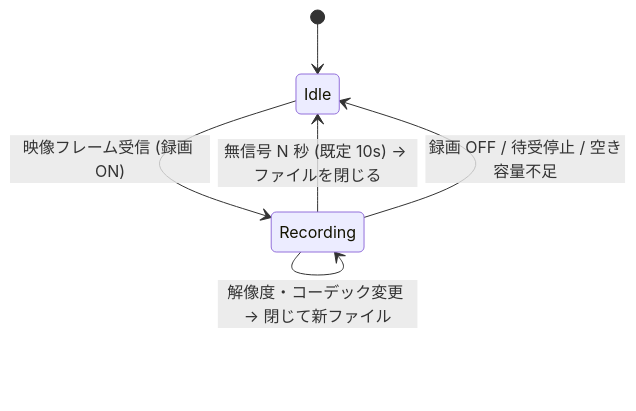
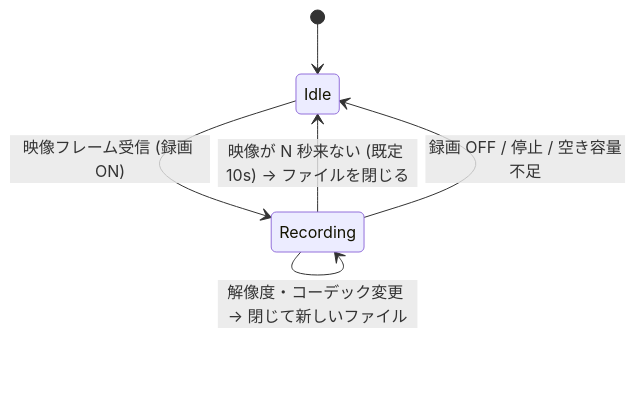
One commit to RTAinJapan/denpachan changed the fifth of 5 diagrams in docs/design.md. Above: the diagram before and after it, drawn with Mermaid. The commit also changed other lines of this file and 2 other files, not shown here.

````diff
--- a/docs/design.md
+++ b/docs/design.md
@@ -492,9 +423,9 @@
 ```mermaid
 stateDiagram-v2
     [*] --> Idle
     Idle --> Recording: 映像フレーム受信 (録画 ON)
     Recording --> Recording: フレーム受信
-    Recording --> Idle: 無信号 N 秒 (既定 10s) → ファイルを閉じる
-    Recording --> Recording: 解像度・コーデック変更 → 閉じて新ファイル
-    Recording --> Idle: 録画 OFF / 待受停止 / 空き容量不足
+    Recording --> Idle: 映像が N 秒来ない (既定 10s) → ファイルを閉じる
+    Recording --> Recording: 解像度・コーデック変更 → 閉じて新しいファイル
+    Recording --> Idle: 録画 OFF / 停止 / 空き容量不足
 ```
````
